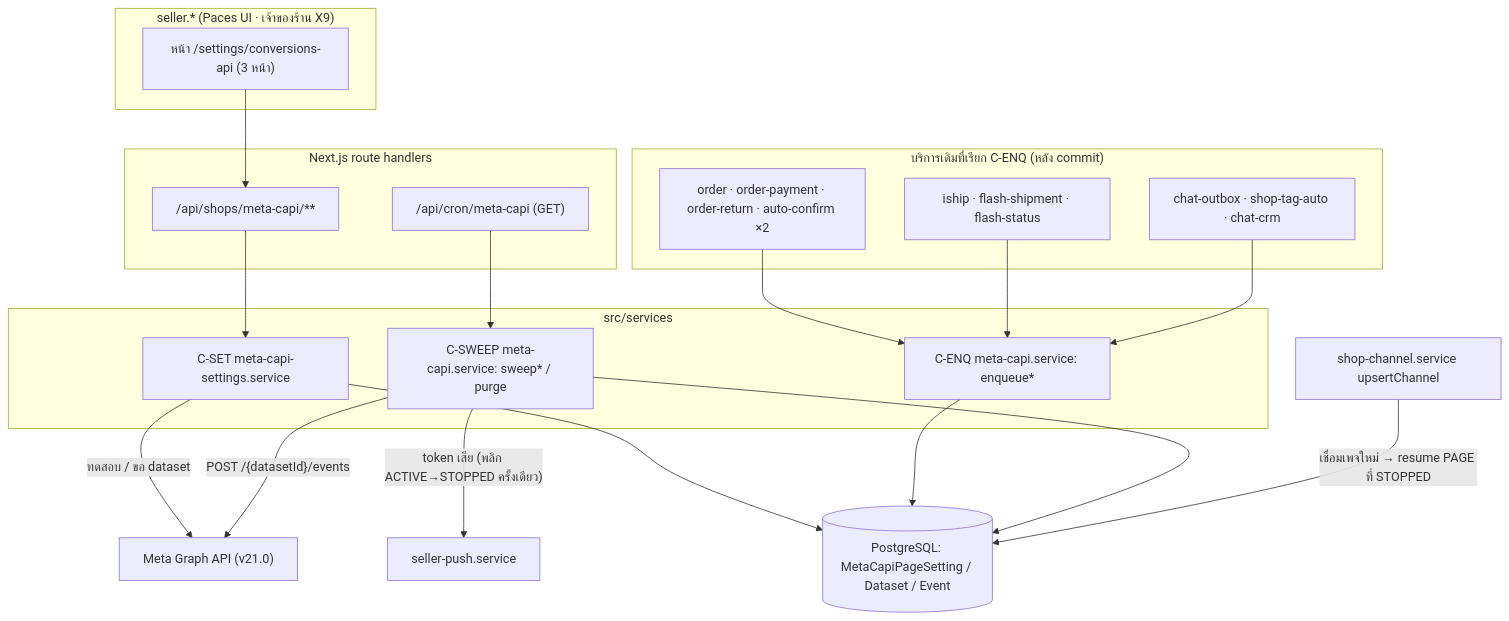
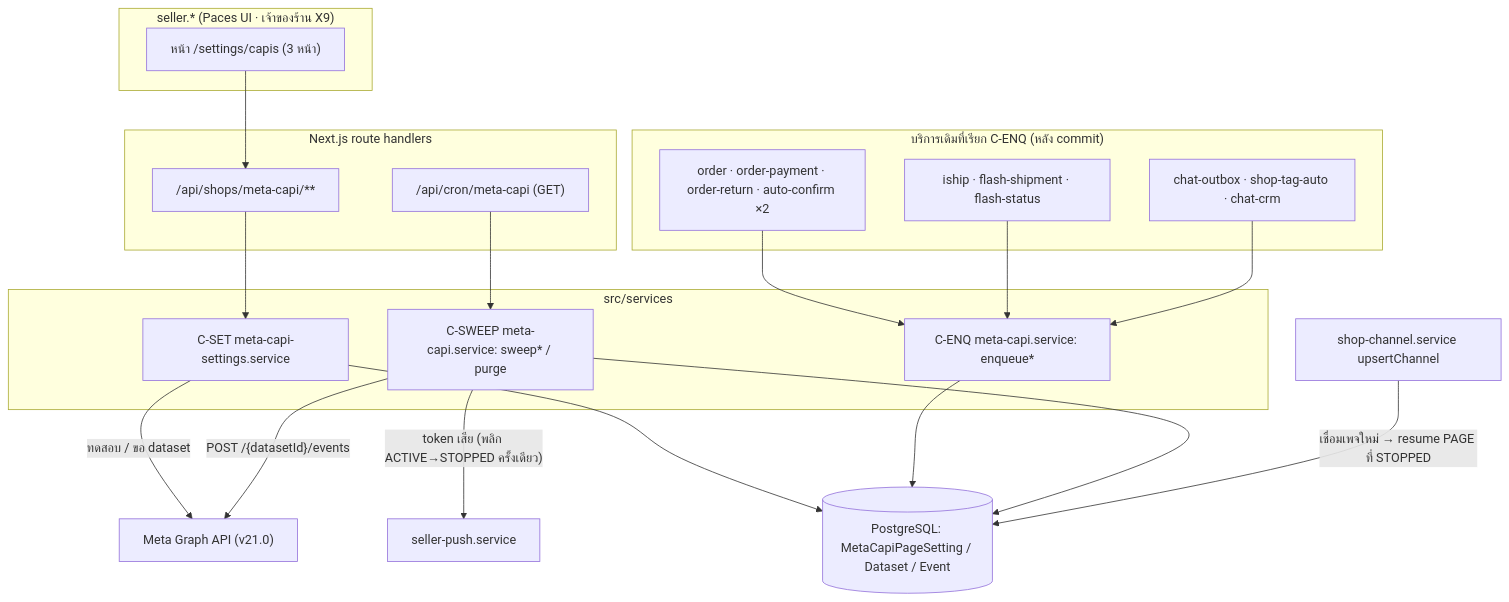
One commit to CodeCooLTH/deep-web changed the first of 5 diagrams in docs/20 - Features/00089 - Meta Conversion API/SDS.md. Above: the diagram before and after it, drawn with Mermaid. The commit also changed other lines of this file and 43 other files, not shown here.

First line of the commit message:
feat(00089): ชุดข้อมูลเป็นแท็บ · modal ตั้งค่ารายเหตุการณ์ · บันทึกการส่งมีลูกค้า/ออเดอร์/แอด · URL /settings/capis (#234)

````diff
--- a/docs/20 - Features/00089 - Meta Conversion API/SDS.md
+++ b/docs/20 - Features/00089 - Meta Conversion API/SDS.md
@@ -51,36 +51,36 @@
 ```mermaid
 graph TD
     subgraph SellerWeb["seller.* (Paces UI · เจ้าของร้าน X9)"]
-        UI["หน้า /settings/conversions-api (3 หน้า)"]
+        UI["หน้า /settings/capis (3 หน้า)"]
     end
     subgraph NextAPI["Next.js route handlers"]
         API["/api/shops/meta-capi/**"]
         CRON["/api/cron/meta-capi (GET)"]
     end
     subgraph Svc["src/services"]
         SET["C-SET meta-capi-settings.service"]
         ENQ["C-ENQ meta-capi.service: enqueue*"]
         SWEEP["C-SWEEP meta-capi.service: sweep* / purge"]
     end
     subgraph Hooks["บริการเดิมที่เรียก C-ENQ (หลัง commit)"]
         ORD["order · order-payment · order-return · auto-confirm ×2"]
         SHIP["iship · flash-shipment · flash-status"]
         CHAT["chat-outbox · shop-tag-auto · chat-crm"]
     end
     DB[("PostgreSQL: MetaCapiPageSetting / Dataset / Event")]
     META["Meta Graph API (v21.0)"]
     PUSH["seller-push.service"]
     CH["shop-channel.service upsertChannel"]
 
     UI --> API --> SET --> DB
     SET -- "ทดสอบ / ขอ dataset" --> META
     ORD --> ENQ
     SHIP --> ENQ
     CHAT --> ENQ
     ENQ --> DB
     CRON --> SWEEP
     SWEEP --> DB
     SWEEP -- "POST /{datasetId}/events" --> META
     SWEEP -- "token เสีย (พลิก ACTIVE→STOPPED ครั้งเดียว)" --> PUSH
     CH -- "เชื่อมเพจใหม่ → resume PAGE ที่ STOPPED" --> DB
 ```
````
